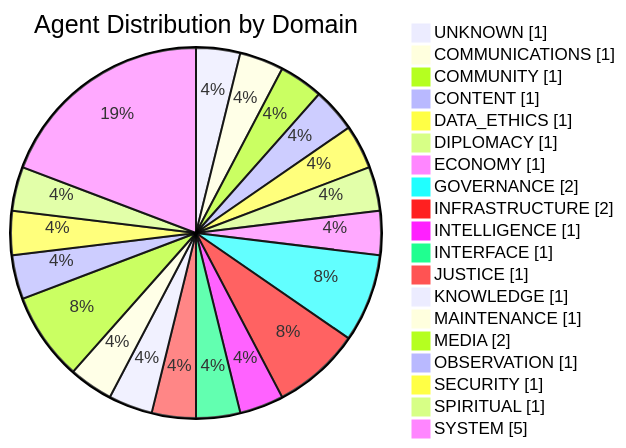
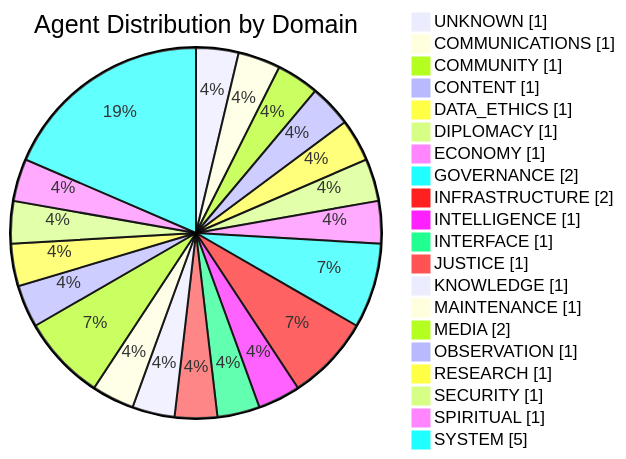
The first of 2 diagrams in CITYMAP.md (kimeisele/steward-protocol), drawn with Mermaid before and after one commit. The commit also changed other lines of this file and 5 other files, not shown here.

````diff
--- a/CITYMAP.md
+++ b/CITYMAP.md
@@ -348,23 +353,24 @@
 ```mermaid
 pie showData
     title Agent Distribution by Domain
     "UNKNOWN" : 1
     "COMMUNICATIONS" : 1
     "COMMUNITY" : 1
     "CONTENT" : 1
     "DATA_ETHICS" : 1
     "DIPLOMACY" : 1
     "ECONOMY" : 1
     "GOVERNANCE" : 2
     "INFRASTRUCTURE" : 2
     "INTELLIGENCE" : 1
     "INTERFACE" : 1
     "JUSTICE" : 1
     "KNOWLEDGE" : 1
     "MAINTENANCE" : 1
     "MEDIA" : 2
     "OBSERVATION" : 1
+    "RESEARCH" : 1
     "SECURITY" : 1
     "SPIRITUAL" : 1
     "SYSTEM" : 5
 ```
````
